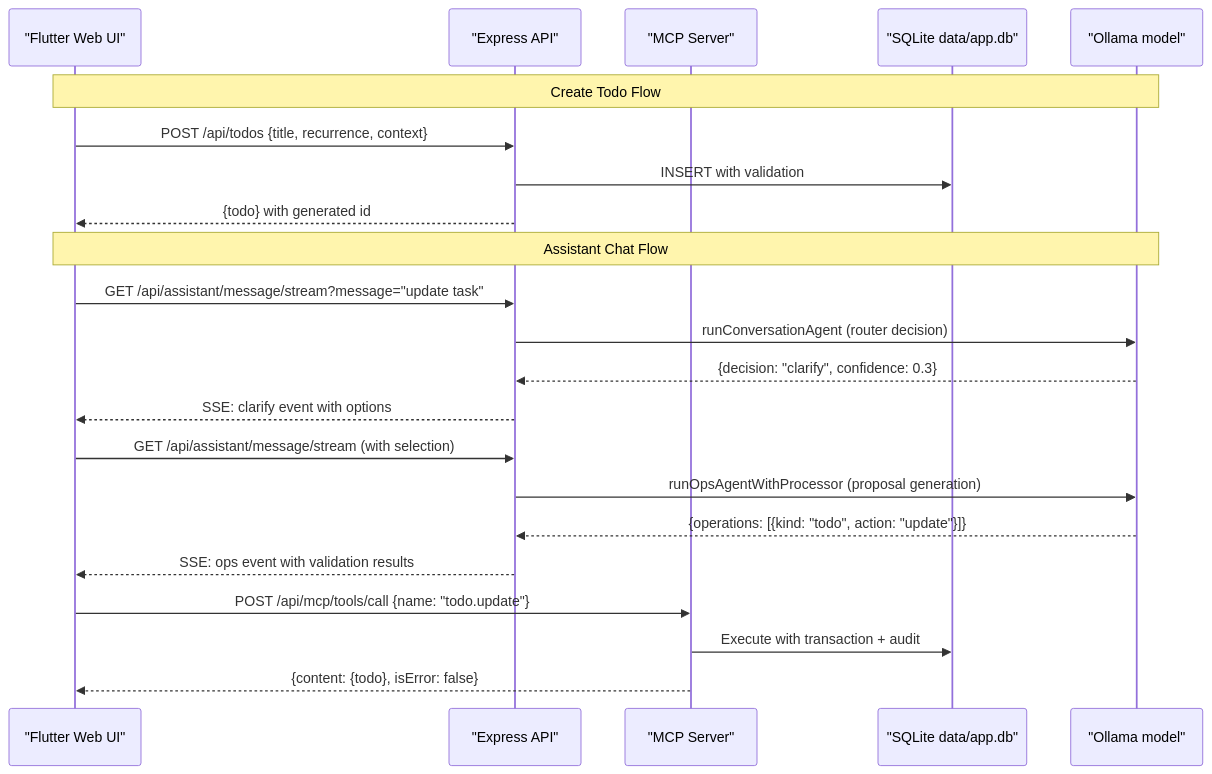
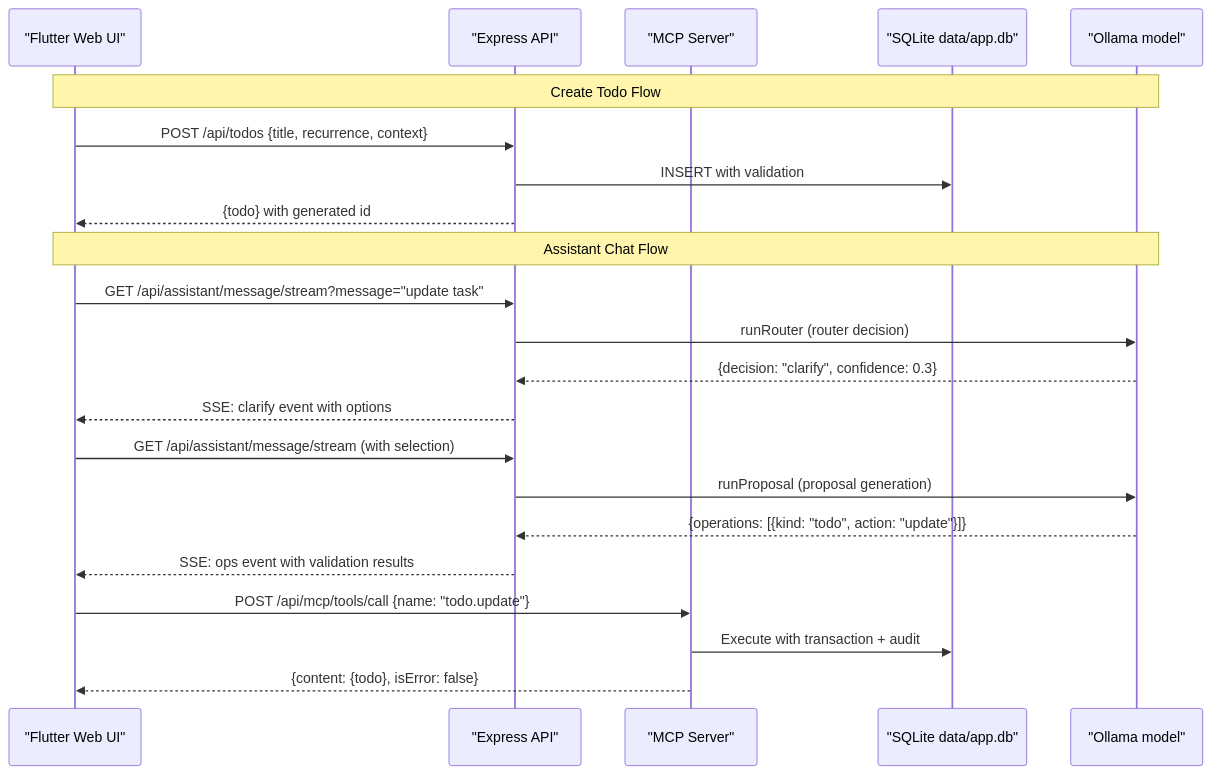
Before and after one commit to dantheman454/habit_app: the second of 2 diagrams in docs/mindmap/README.md, drawn with Mermaid. The commit also changed other lines of this file and 4 other files, not shown here.

First line of the commit message:
feat: enhance API surface and assistant chat flow with new MCP operations

````diff
--- a/docs/mindmap/README.md
+++ b/docs/mindmap/README.md
@@ -38,28 +38,28 @@
 ```mermaid
 sequenceDiagram
   participant UI as "Flutter Web UI"
   participant API as "Express API"
   participant MCP as "MCP Server"
   participant DB as "SQLite data/app.db"
   participant LLM as "Ollama model"
 
   Note over UI,LLM: Create Todo Flow
   UI->>API: POST /api/todos {title, recurrence, context}
   API->>DB: INSERT with validation
   API-->>UI: {todo} with generated id
 
   Note over UI,LLM: Assistant Chat Flow
   UI->>API: GET /api/assistant/message/stream?message="update task"
-  API->>LLM: runConversationAgent (router decision)
+  API->>LLM: runRouter (router decision)
   LLM-->>API: {decision: "clarify", confidence: 0.3}
   API-->>UI: SSE: clarify event with options
   
   UI->>API: GET /api/assistant/message/stream (with selection)
-  API->>LLM: runOpsAgentWithProcessor (proposal generation)
+  API->>LLM: runProposal (proposal generation)
   LLM-->>API: {operations: [{kind: "todo", action: "update"}]}
   API-->>UI: SSE: ops event with validation results
   
   UI->>MCP: POST /api/mcp/tools/call {name: "todo.update"}
   MCP->>DB: Execute with transaction + audit
   MCP-->>UI: {content: {todo}, isError: false}
 ```
````
